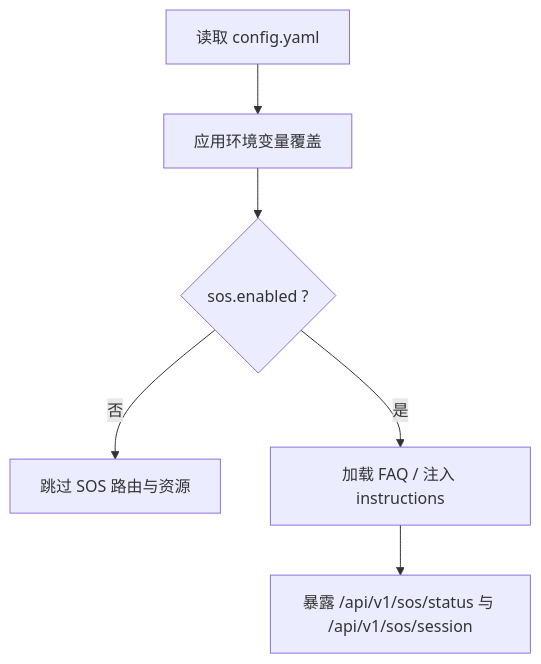
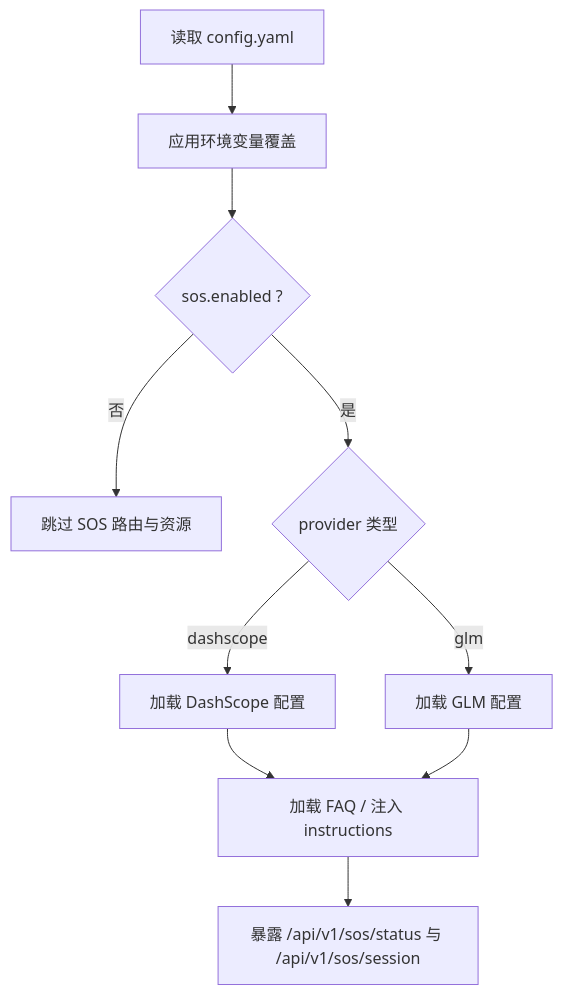
Before and after one commit to kudig-io/klaw: the eighth of 9 diagrams in .qoder/repowiki/zh/content/Web前端应用/SOS紧急语音对话模式设计.md, drawn with Mermaid. The commit also changed other lines of this file and 336 other files, not shown here.

````diff
--- a/.qoder/repowiki/zh/content/Web前端应用/SOS紧急语音对话模式设计.md
+++ b/.qoder/repowiki/zh/content/Web前端应用/SOS紧急语音对话模式设计.md
@@ -290,8 +349,12 @@
 ```mermaid
 flowchart TD
 Cfg["读取 config.yaml"] --> Env["应用环境变量覆盖"]
 Env --> Check{"sos.enabled ?"}
 Check --> |否| Skip["跳过 SOS 路由与资源"]
-Check --> |是| Load["加载 FAQ / 注入 instructions"]
+Check --> |是| Provider{"provider 类型"}
+Provider --> |dashscope| DS["加载 DashScope 配置"]
+Provider --> |glm| GLM["加载 GLM 配置"]
+DS --> Load["加载 FAQ / 注入 instructions"]
+GLM --> Load
 Load --> Ready["暴露 /api/v1/sos/status 与 /api/v1/sos/session"]
 ```
````
